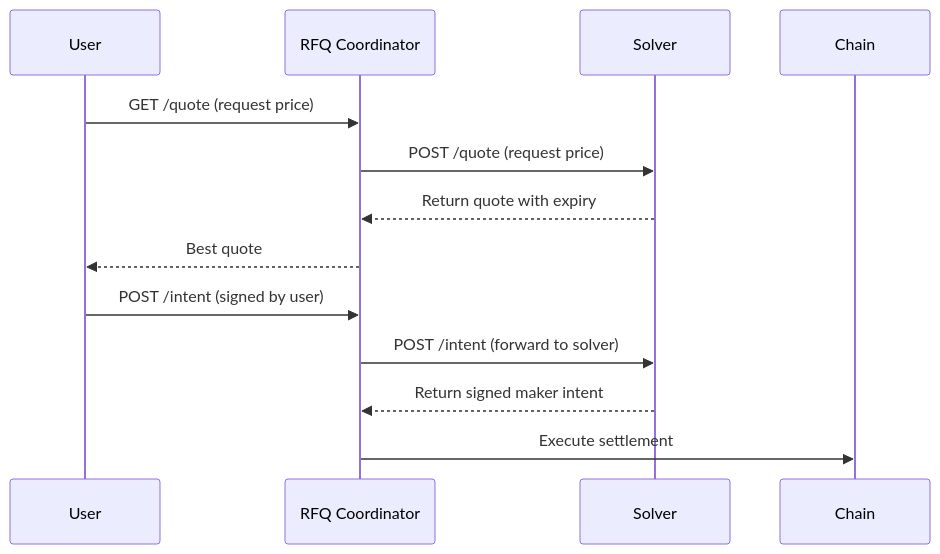
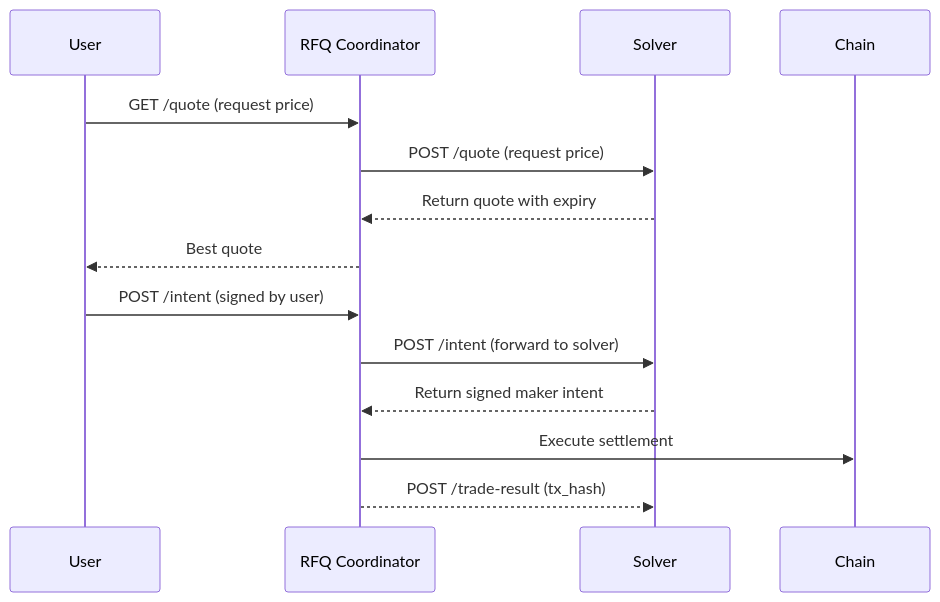
One commit to Miljan9602/docs changed the diagram in solver/getting-started.mdx. Above: the diagram before and after it, drawn with Mermaid. The commit also changed other lines of this file and 8 other files, not shown here.

````diff
--- a/solver/getting-started.mdx
+++ b/solver/getting-started.mdx
@@ -20,17 +20,18 @@
 ```mermaid
 sequenceDiagram
     participant User
     participant RFQ Coordinator
     participant Solver
     participant Chain
 
     User->>RFQ Coordinator: GET /quote (request price)
     RFQ Coordinator->>Solver: POST /quote (request price)
     Solver-->>RFQ Coordinator: Return quote with expiry
     RFQ Coordinator-->>User: Best quote
 
     User->>RFQ Coordinator: POST /intent (signed by user)
     RFQ Coordinator->>Solver: POST /intent (forward to solver)
     Solver-->>RFQ Coordinator: Return signed maker intent
     RFQ Coordinator->>Chain: Execute settlement
+    RFQ Coordinator-->>Solver: POST /trade-result (tx_hash)
 ```
````
